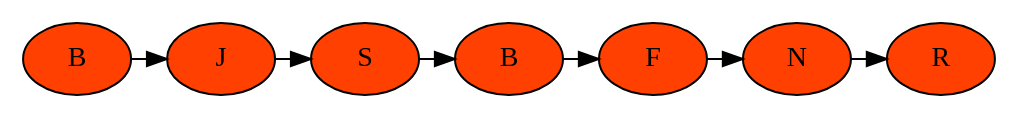
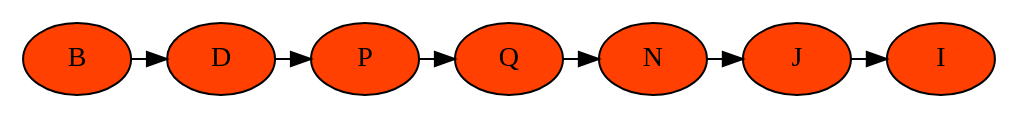
Before and after one commit to Toto95/Practica1s12017_201408515: the diagram in practica1Scrabble/fichas.dot, drawn with Graphviz. The commit also changed 41 other files, not shown here.

```diff
--- a/practica1Scrabble/fichas.dot
+++ b/practica1Scrabble/fichas.dot
@@ -1,21 +1,21 @@
 digraph B{
-nodo1431180845 -> nodo1535763188
-{rank = same; nodo1431180845 nodo1535763188}
-nodo1431180845[label="B",style=filled, fillcolor="#FF4000"]
-nodo1535763188 -> nodo1605795165
-{rank = same; nodo1535763188 nodo1605795165}
-nodo1535763188[label="J",style=filled, fillcolor="#FF4000"]
-nodo1605795165 -> nodo448063695
-{rank = same; nodo1605795165 nodo448063695}
-nodo1605795165[label="S",style=filled, fillcolor="#FF4000"]
-nodo448063695 -> nodo1064205002
-{rank = same; nodo448063695 nodo1064205002}
-nodo448063695[label="B",style=filled, fillcolor="#FF4000"]
-nodo1064205002 -> nodo728019345
-{rank = same; nodo1064205002 nodo728019345}
-nodo1064205002[label="F",style=filled, fillcolor="#FF4000"]
-nodo728019345 -> nodo1196719413
-{rank = same; nodo728019345 nodo1196719413}
-nodo728019345[label="N",style=filled, fillcolor="#FF4000"]
-nodo1196719413[label="R",style=filled, fillcolor="#FF4000"]
+nodo614947506 -> nodo710979670
+{rank = same; nodo614947506 nodo710979670}
+nodo614947506[label="B",style=filled, fillcolor="#FF4000"]
+nodo710979670 -> nodo777990594
+{rank = same; nodo710979670 nodo777990594}
+nodo710979670[label="D",style=filled, fillcolor="#FF4000"]
+nodo777990594 -> nodo1801304685
+{rank = same; nodo777990594 nodo1801304685}
+nodo777990594[label="P",style=filled, fillcolor="#FF4000"]
+nodo1801304685 -> nodo1974538110
+{rank = same; nodo1801304685 nodo1974538110}
+nodo1801304685[label="Q",style=filled, fillcolor="#FF4000"]
+nodo1974538110 -> nodo1518138270
+{rank = same; nodo1974538110 nodo1518138270}
+nodo1974538110[label="N",style=filled, fillcolor="#FF4000"]
+nodo1518138270 -> nodo226105394
+{rank = same; nodo1518138270 nodo226105394}
+nodo1518138270[label="J",style=filled, fillcolor="#FF4000"]
+nodo226105394[label="I",style=filled, fillcolor="#FF4000"]
 }
```
